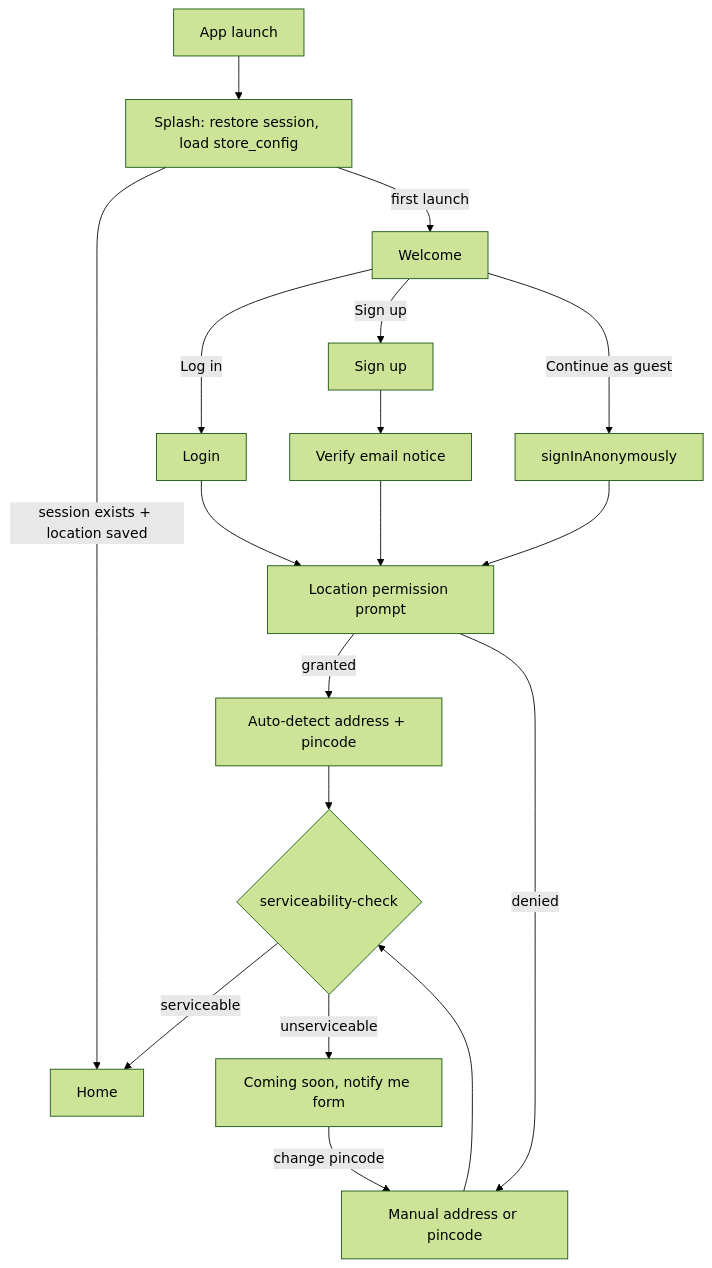
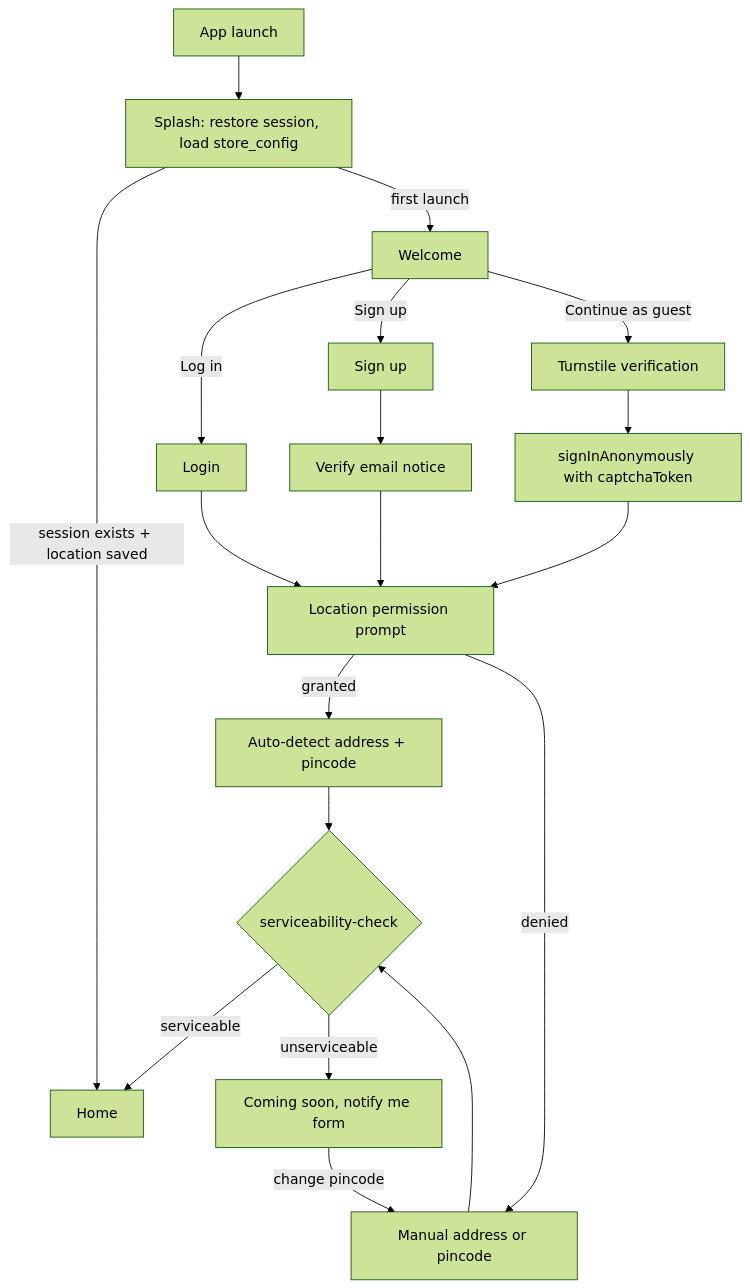
One commit to SIVASUBRAMANIYAM-S/Vivodha_E-commerce changed the first of 4 diagrams in docs/user-flows.md. Above: the diagram before and after it, drawn with Mermaid (forest theme). The commit also changed other lines of this file and 58 other files, not shown here.

````diff
--- a/docs/user-flows.md
+++ b/docs/user-flows.md
@@ -7,16 +7,16 @@
 ```mermaid
 flowchart TD
   A[App launch] --> B[Splash: restore session, load store_config]
   B -->|session exists + location saved| H[Home]
   B -->|first launch| W[Welcome]
   W -->|Log in| L[Login] --> P
   W -->|Sign up| S[Sign up] --> V[Verify email notice] --> P
-  W -->|Continue as guest| G[signInAnonymously] --> P
+  W -->|Continue as guest| T[Turnstile verification] --> G[signInAnonymously with captchaToken] --> P
   P[Location permission prompt] -->|granted| D[Auto-detect address + pincode]
   P -->|denied| M[Manual address or pincode]
   D --> C{serviceability-check}
   M --> C
   C -->|serviceable| H
   C -->|unserviceable| N["Coming soon, notify me" form]
   N -->|change pincode| M
 ```
````
